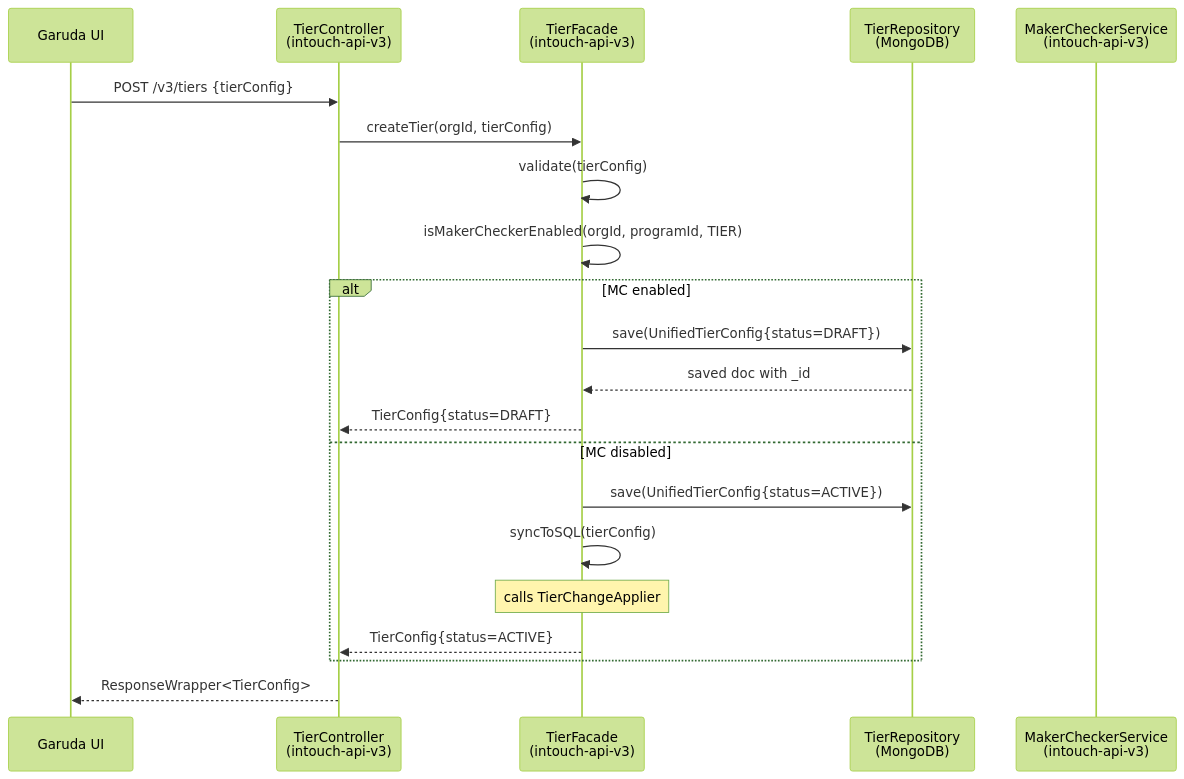
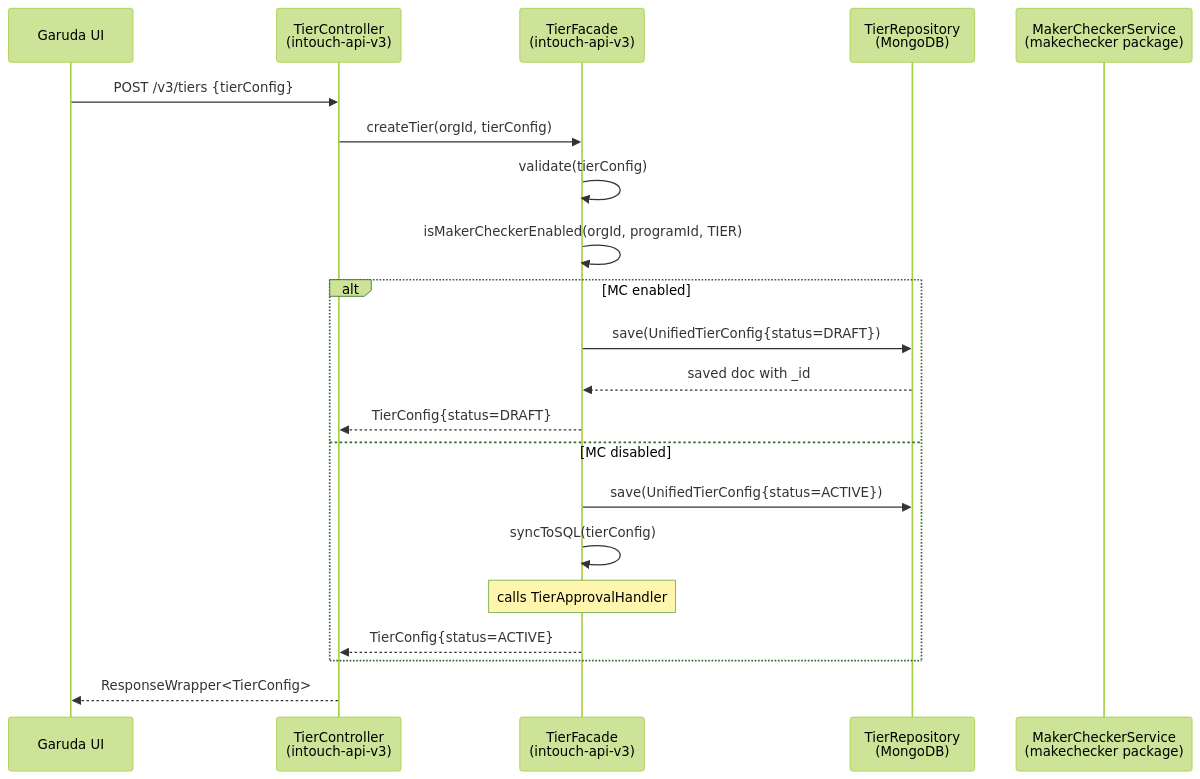
The first of 5 diagrams in docs/pipeline/tier/cross-repo-trace.md (BaljeetSinghCapillaryTech/kalpavriksha), drawn with Mermaid (forest theme) before and after one commit. The commit also changed other lines of this file and 24 other files, not shown here.

First line of the commit message:
raidlc/ai_tier: Update all pipeline artifacts for makerchecker→makechecker migration

````diff
--- a/docs/pipeline/tier/cross-repo-trace.md
+++ b/docs/pipeline/tier/cross-repo-trace.md
@@ -10,24 +10,24 @@
 ```mermaid
 sequenceDiagram
     participant UI as Garuda UI
     participant TC as TierController<br/>(intouch-api-v3)
     participant TF as TierFacade<br/>(intouch-api-v3)
     participant TR as TierRepository<br/>(MongoDB)
-    participant MCS as MakerCheckerService<br/>(intouch-api-v3)
+    participant MCS as MakerCheckerService<br/>(makechecker package)
     
     UI->>TC: POST /v3/tiers {tierConfig}
     TC->>TF: createTier(orgId, tierConfig)
     TF->>TF: validate(tierConfig)
     TF->>TF: isMakerCheckerEnabled(orgId, programId, TIER)
     alt MC enabled
         TF->>TR: save(UnifiedTierConfig{status=DRAFT})
         TR-->>TF: saved doc with _id
         TF-->>TC: TierConfig{status=DRAFT}
     else MC disabled
         TF->>TR: save(UnifiedTierConfig{status=ACTIVE})
         TF->>TF: syncToSQL(tierConfig)
-        Note over TF: calls TierChangeApplier
+        Note over TF: calls TierApprovalHandler
         TF-->>TC: TierConfig{status=ACTIVE}
     end
     TC-->>UI: ResponseWrapper<TierConfig>
 ```
````
